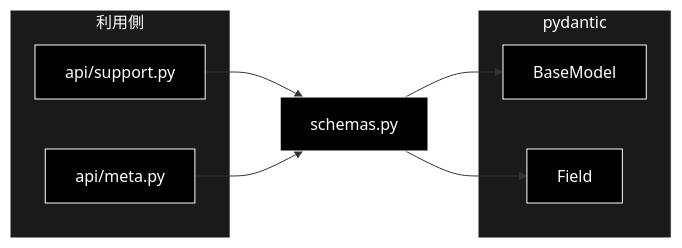
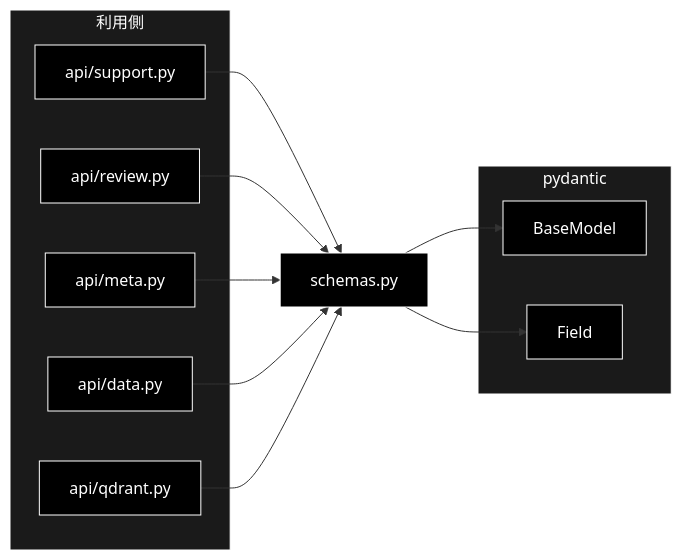
One commit to nakashima2toshio/grace_v2_local changed the third of 3 diagrams in backend/docs/schemas.md. Above: the diagram before and after it, drawn with Mermaid. The commit also changed other lines of this file and 22 other files, not shown here.

````diff
--- a/backend/docs/schemas.md
+++ b/backend/docs/schemas.md
@@ -795,24 +892,30 @@
 ```mermaid
 flowchart LR
     SCHEMAS["schemas.py"]
 
     subgraph PYDANTIC["pydantic"]
         BM["BaseModel"]
         FLD["Field"]
     end
 
     subgraph CONSUMERS["利用側"]
         SUP["api/support.py"]
+        REV["api/review.py"]
         META["api/meta.py"]
+        DATA["api/data.py"]
+        QD["api/qdrant.py"]
     end
 
     SCHEMAS --> BM
     SCHEMAS --> FLD
     SUP --> SCHEMAS
+    REV --> SCHEMAS
     META --> SCHEMAS
+    DATA --> SCHEMAS
+    QD --> SCHEMAS
 classDef default fill:#000,stroke:#fff,color:#fff
 classDef subgraphStyle fill:#1a1a1a,stroke:#fff,color:#fff
-class SCHEMAS,BM,FLD,SUP,META default
+class SCHEMAS,BM,FLD,SUP,REV,META,DATA,QD default
 style PYDANTIC fill:#1a1a1a,stroke:#fff,color:#fff
 style CONSUMERS fill:#1a1a1a,stroke:#fff,color:#fff
 ```
````
